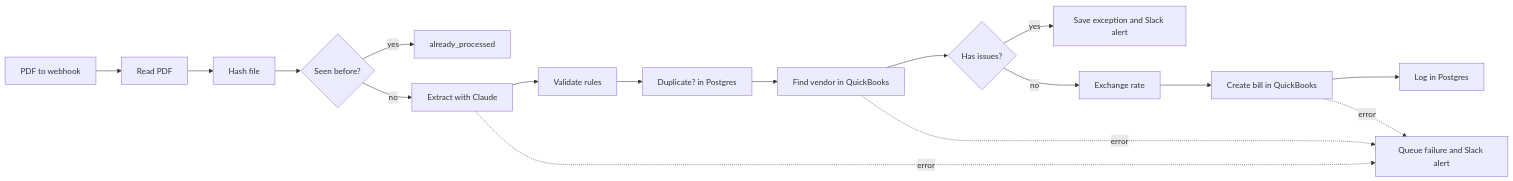
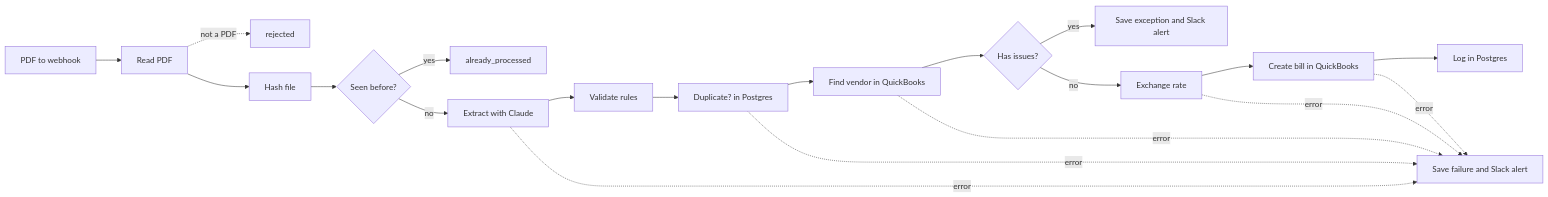
Before and after one commit to ewerside/invoice-to-quickbooks: the diagram in README.md, drawn with Mermaid. The commit also changed other lines of this file, not shown here.

````diff
--- a/README.md
+++ b/README.md
@@ -11,19 +13,22 @@
 ```mermaid
 flowchart LR
     A[PDF to webhook] --> P[Read PDF]
+    P -. not a PDF .-> X0[rejected]
     P --> B[Hash file]
     B --> C{Seen before?}
     C -- yes --> S[already_processed]
     C -- no --> D[Extract with Claude]
     D --> E[Validate rules]
     E --> F[Duplicate? in Postgres]
     F --> G[Find vendor in QuickBooks]
     G --> H{Has issues?}
     H -- yes --> X[Save exception and Slack alert]
     H -- no --> R[Exchange rate]
     R --> J[Create bill in QuickBooks]
     J --> L[Log in Postgres]
-    D -. error .-> Q[Queue failure and Slack alert]
+    D -. error .-> Q[Save failure and Slack alert]
+    F -. error .-> Q
     G -. error .-> Q
+    R -. error .-> Q
     J -. error .-> Q
 ```
````
